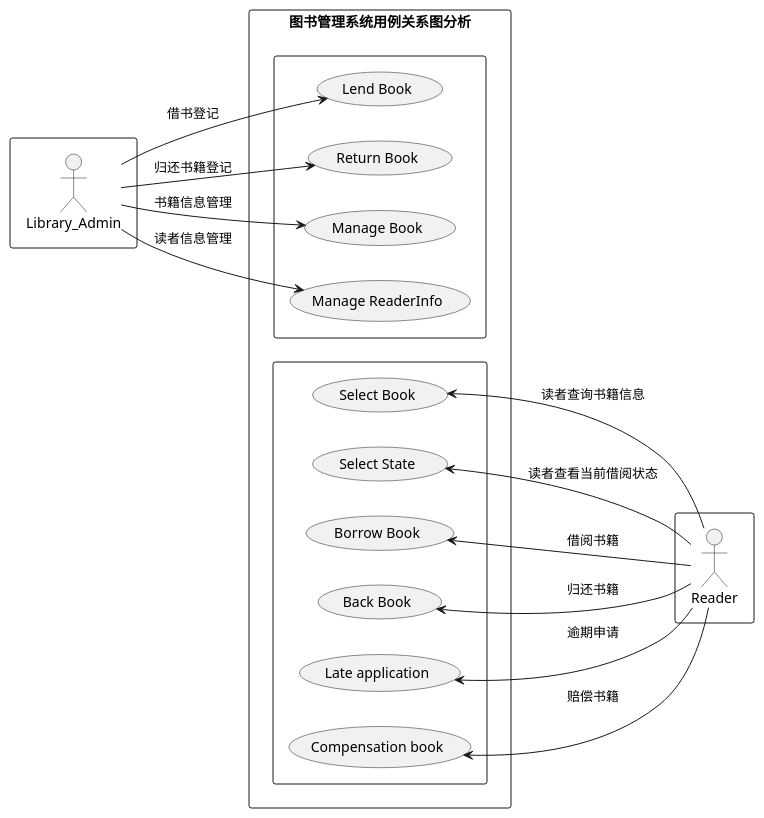
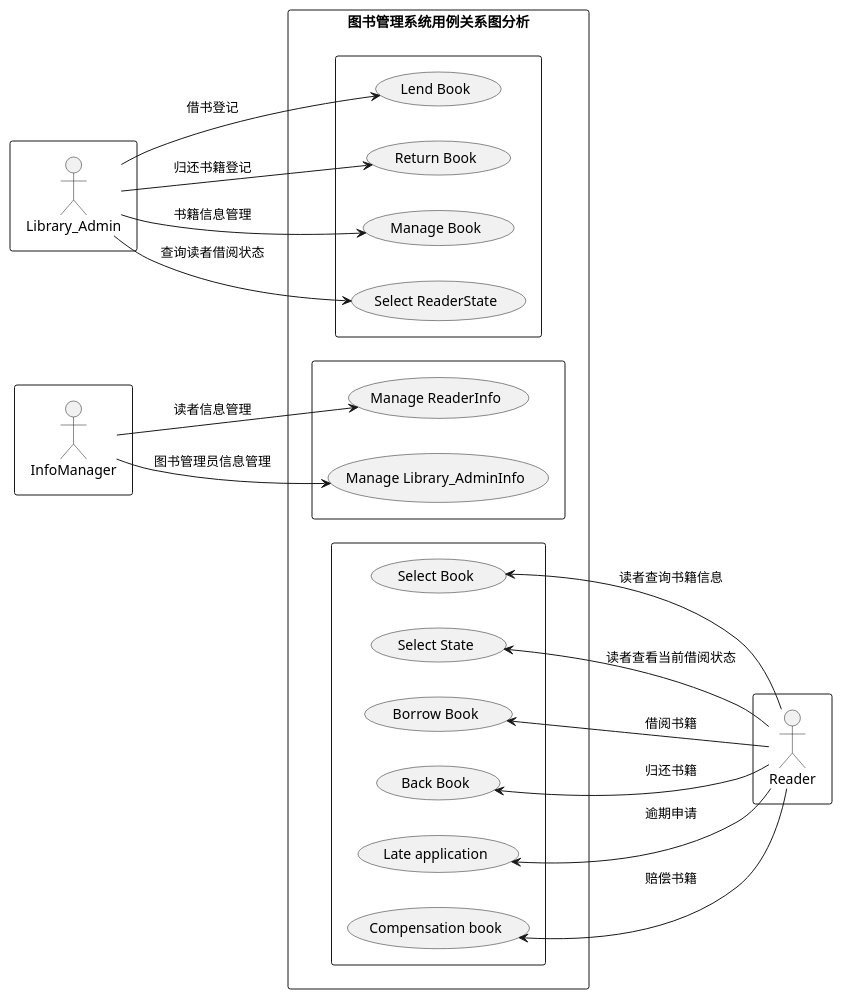
Before and after one commit to z915287285/is_analysis: the diagram in test2/usercase.puml, drawn with PlantUML. The commit also changed 2 other files, not shown here.

```diff
--- a/test2/usercase.puml
+++ b/test2/usercase.puml
@@ -1,27 +1,34 @@
 @startuml
 left to right direction
 skinparam packageStyle rectangle
 rectangle {
 actor Library_Admin
+}
+rectangle {
+actor InfoManager
 }
 rectangle {
 actor Reader
 }
 rectangle 图书管理系统用例关系图分析{
 rectangle {
 Library_Admin ->(Lend Book):借书登记
 Library_Admin -->(Return Book):归还书籍登记
 Library_Admin -->(Manage Book):书籍信息管理
-Library_Admin -->(Manage ReaderInfo):读者信息管理
+Library_Admin -->(Select ReaderState):查询读者借阅状态
+}
+rectangle {
+InfoManager -->(Manage ReaderInfo):读者信息管理
+InfoManager -->(Manage Library_AdminInfo):图书管理员信息管理
 }
 rectangle {
 (Select Book)<-- Reader:读者查询书籍信息
 (Select State)<-- Reader:读者查看当前借阅状态
 (Borrow Book)<-- Reader:借阅书籍
 (Back Book)<-- Reader:归还书籍
 (Late application)<-- Reader:逾期申请
 (Compensation book)<--Reader:赔偿书籍
 }
 }
 
 @enduml
```
